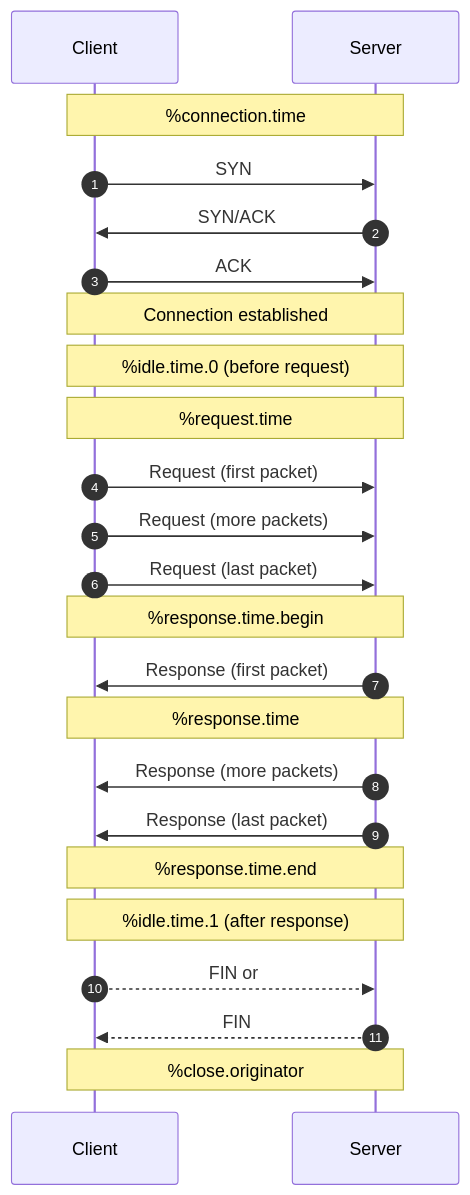
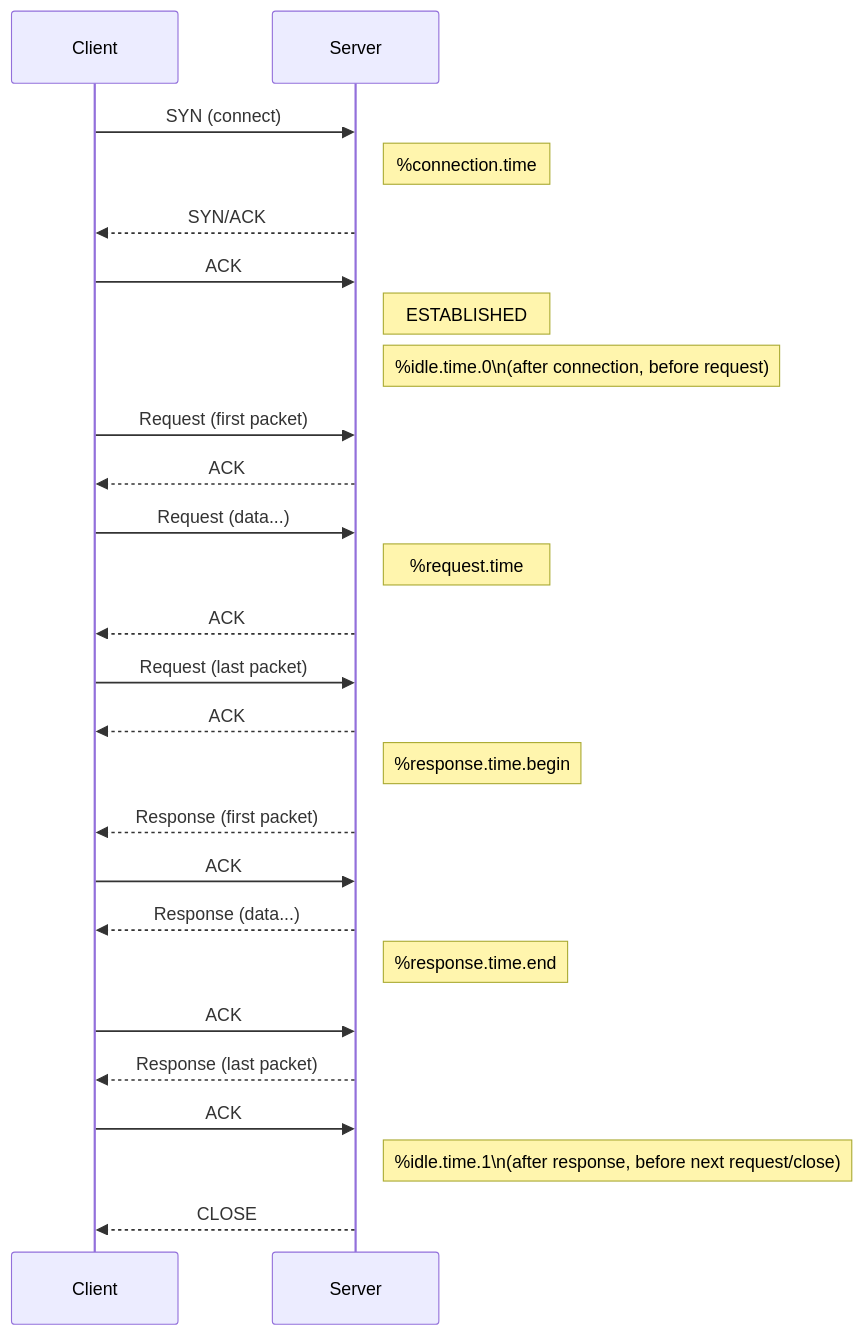
The diagram in README.md (onotelli/justniffer), drawn with Mermaid before and after one commit.

Commit message:
Update sequence diagram for connection and request phases

````diff
--- a/README.md
+++ b/README.md
@@ -35,34 +35,45 @@
 ```mermaid
 sequenceDiagram
-    autonumber
-    participant C as Client
-    participant S as Server
+    participant Client
+    participant Server
 
-    Note over C,S: %connection.time
-    C->>S: SYN
-    S->>C: SYN/ACK
-    C->>S: ACK
-    Note over C,S: Connection established
+    %% Connection setup
+    Client->>Server: SYN (connect)
+    Note right of Server: %connection.time
+    Server-->>Client: SYN/ACK
+    Client->>Server: ACK
+    Note right of Server: ESTABLISHED
 
-    Note over C,S: %idle.time.0 (before request)
+    %% Idle before request
+    Note right of Server: %idle.time.0\n(after connection, before request)
 
-    Note over C,S: %request.time
-    C->>S: Request (first packet)
-    C->>S: Request (more packets)
-    C->>S: Request (last packet)
+    %% Request phase
+    Client->>Server: Request (first packet)
+    Server-->>Client: ACK
 
-    Note over C,S: %response.time.begin
-    S->>C: Response (first packet)
+    Client->>Server: Request (data...)
+    Note right of Server: %request.time
+    Server-->>Client: ACK
 
-    Note over C,S: %response.time
-    S->>C: Response (more packets)
-    S->>C: Response (last packet)
-    Note over C,S: %response.time.end
+    Client->>Server: Request (last packet)
+    Server-->>Client: ACK
 
-    Note over C,S: %idle.time.1 (after response)
+    %% Response phase
+    Note right of Server: %response.time.begin
 
-    C-->>S: FIN or
-    S-->>C: FIN
-    Note over C,S: %close.originator
+    Server-->>Client: Response (first packet)
+    Client->>Server: ACK
 
+    Server-->>Client: Response (data...)
+    Note right of Server: %response.time.end
+    Client->>Server: ACK
+
+    Server-->>Client: Response (last packet)
+    Client->>Server: ACK
+
+    %% Idle after response
+    Note right of Server: %idle.time.1\n(after response, before next request/close)
+
+    %% Connection close
+    Server-->>Client: CLOSE
 ```
````
